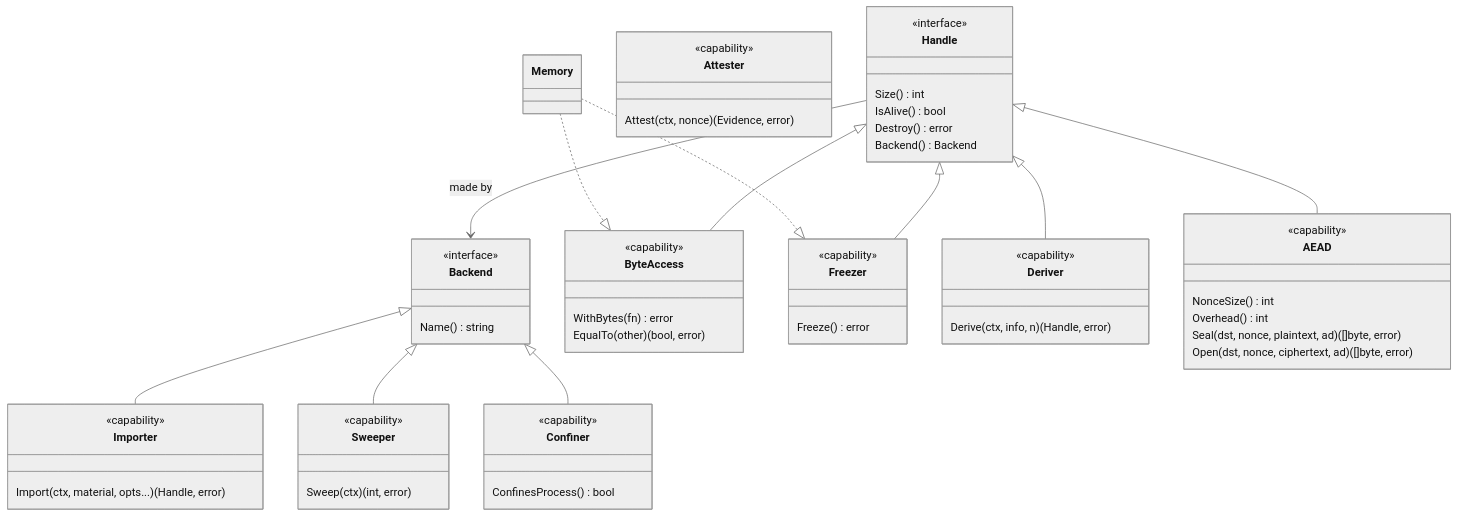
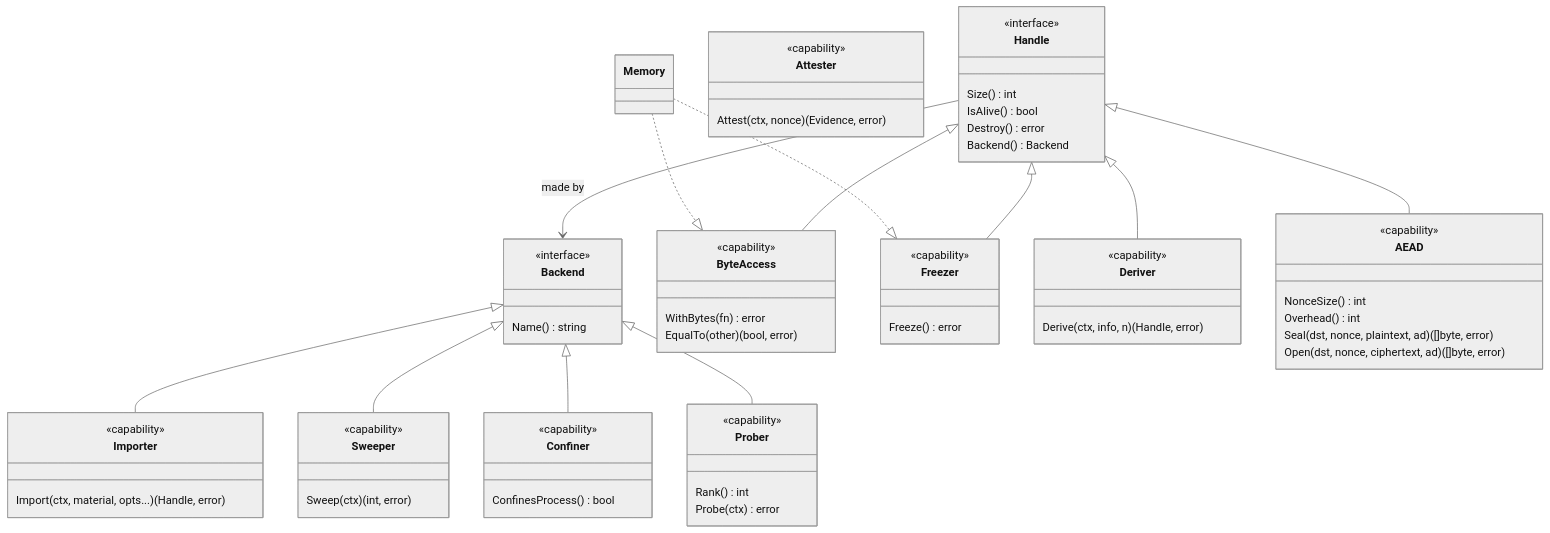
Before and after one commit to jeremyhahn/go-enclave: the first of 4 diagrams in docs/backends/architecture.md, drawn with Mermaid (neutral theme). The commit also changed other lines of this file and 26 other files, not shown here.

````diff
--- a/docs/backends/architecture.md
+++ b/docs/backends/architecture.md
@@ -26,60 +26,66 @@
 ```mermaid
 classDiagram
   class Handle {
     <<interface>>
     Size() int
     IsAlive() bool
     Destroy() error
     Backend() Backend
   }
   class Backend {
     <<interface>>
     Name() string
   }
   class ByteAccess {
     <<capability>>
     WithBytes(fn) error
     EqualTo(other) (bool, error)
   }
   class Freezer {
     <<capability>>
     Freeze() error
   }
   class Deriver {
     <<capability>>
     Derive(ctx, info, n) (Handle, error)
   }
   class AEAD {
     <<capability>>
     NonceSize() int
     Overhead() int
     Seal(dst, nonce, plaintext, ad) ([]byte, error)
     Open(dst, nonce, ciphertext, ad) ([]byte, error)
   }
   class Attester {
     <<capability>>
     Attest(ctx, nonce) (Evidence, error)
   }
   class Importer {
     <<capability>>
     Import(ctx, material, opts...) (Handle, error)
   }
   class Sweeper {
     <<capability>>
     Sweep(ctx) (int, error)
   }
   class Confiner {
     <<capability>>
     ConfinesProcess() bool
   }
+  class Prober {
+    <<capability>>
+    Rank() int
+    Probe(ctx) error
+  }
   Handle <|-- ByteAccess
   Handle <|-- Freezer
   Handle <|-- Deriver
   Handle <|-- AEAD
   Backend <|-- Importer
   Backend <|-- Sweeper
   Backend <|-- Confiner
+  Backend <|-- Prober
   Handle --> Backend : made by
   Memory ..|> ByteAccess
   Memory ..|> Freezer
 ```
````
